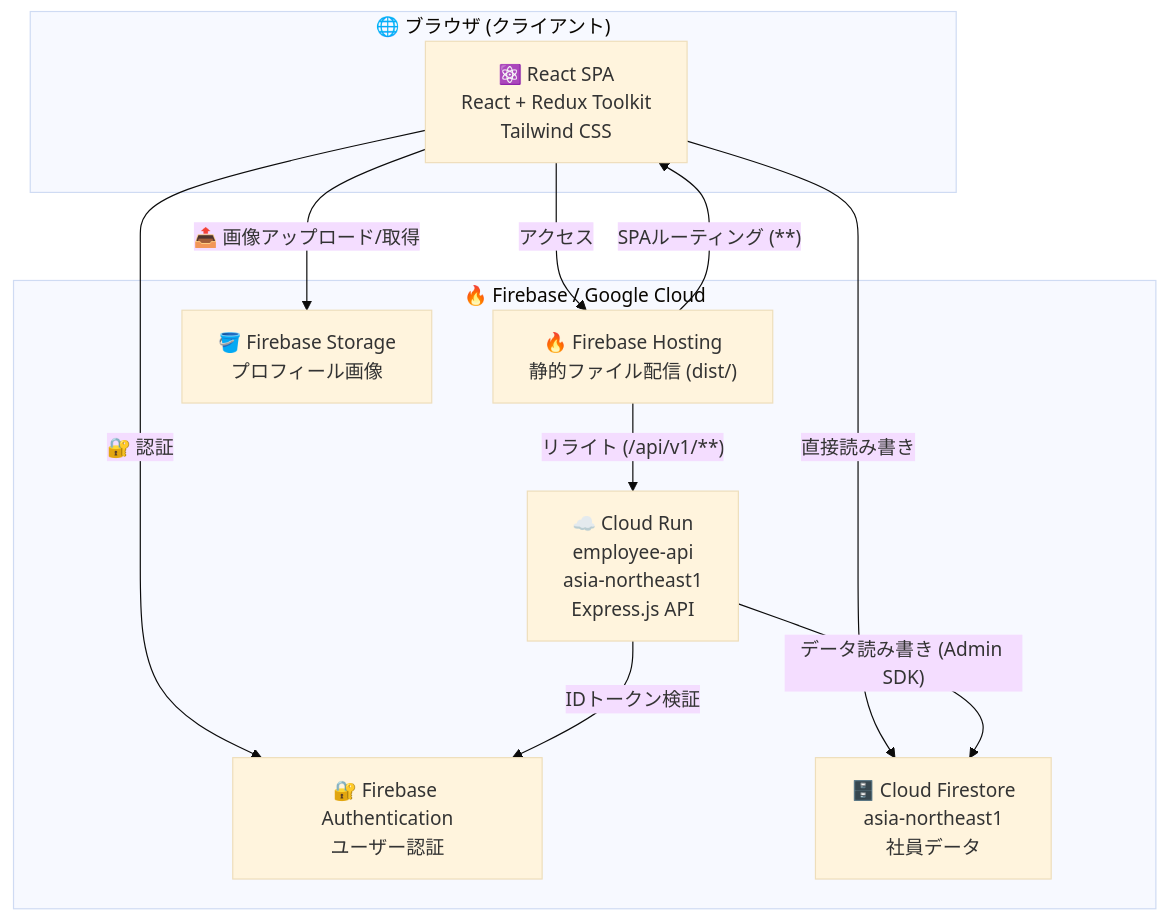
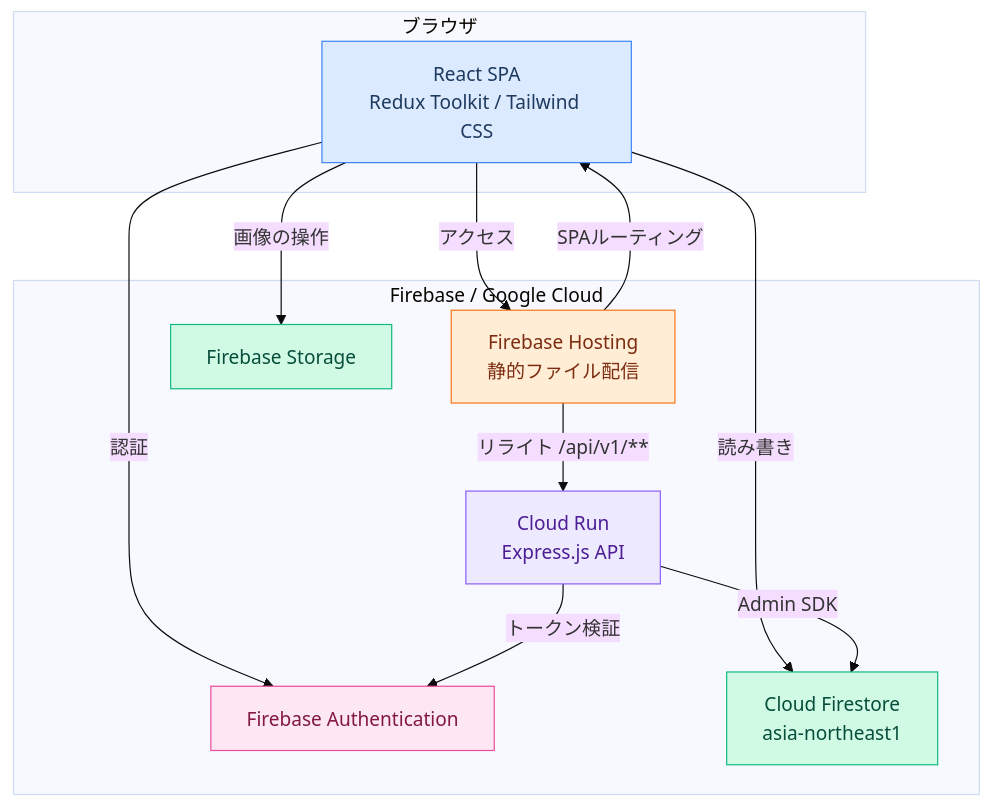
The diagram in README.md (yunatoma/employee-profile-app), drawn with Mermaid (base theme) before and after one commit.

Commit message:
update: インフラ構成図を更新

````diff
--- a/README.md
+++ b/README.md
@@ -43,25 +43,35 @@
 ```mermaid
 graph TB
-    subgraph Client["🌐 ブラウザ (クライアント)"]
-        React["⚛️ React SPA<br/>React + Redux Toolkit<br/>Tailwind CSS"]
+    classDef client fill:#dbeafe,stroke:#3b82f6,color:#1e3a5f
+    classDef hosting fill:#ffedd5,stroke:#f97316,color:#7c2d12
+    classDef auth fill:#fce7f3,stroke:#ec4899,color:#831843
+    classDef db fill:#d1fae5,stroke:#10b981,color:#064e3b
+    classDef server fill:#ede9fe,stroke:#8b5cf6,color:#4c1d95
+
+    subgraph Client["ブラウザ"]
+        React["React SPA<br/>Redux Toolkit / Tailwind CSS"]
     end
 
-    subgraph Firebase["🔥 Firebase / Google Cloud"]
-        Hosting["🔥 Firebase Hosting<br/>静的ファイル配信 (dist/)"]
-        Auth["🔐 Firebase Authentication<br/>ユーザー認証"]
-        Firestore["🗄️ Cloud Firestore<br/>asia-northeast1<br/>社員データ"]
-        Storage["🪣 Firebase Storage<br/>プロフィール画像"]
-        CloudRun["☁️ Cloud Run<br/>employee-api<br/>asia-northeast1<br/>Express.js API"]
+    subgraph GCP["Firebase / Google Cloud"]
+        Hosting["Firebase Hosting<br/>静的ファイル配信"]
+        CloudRun["Cloud Run<br/>Express.js API"]
+        Auth["Firebase Authentication"]
+        Firestore["Cloud Firestore<br/>asia-northeast1"]
+        Storage["Firebase Storage"]
     end
 
     React -->|"アクセス"| Hosting
-    Hosting -->|"SPAルーティング (**)"| React
-    Hosting -->|"リライト (/api/v1/**)"| CloudRun
+    Hosting -->|"SPAルーティング"| React
+    Hosting -->|"リライト /api/v1/**"| CloudRun
+    React -->|"認証"| Auth
+    React -->|"読み書き"| Firestore
+    React -->|"画像の操作"| Storage
+    CloudRun -->|"トークン検証"| Auth
+    CloudRun -->|"Admin SDK"| Firestore
 
-    React -->|"🔐 認証"| Auth
-    React -->|"直接読み書き"| Firestore
-    React -->|"📤 画像アップロード/取得"| Storage
-
-    CloudRun -->|"IDトークン検証"| Auth
-    CloudRun -->|"データ読み書き (Admin SDK)"| Firestore
+    class React client
+    class Hosting hosting
+    class Auth auth
+    class Firestore,Storage db
+    class CloudRun server
 ```
````
